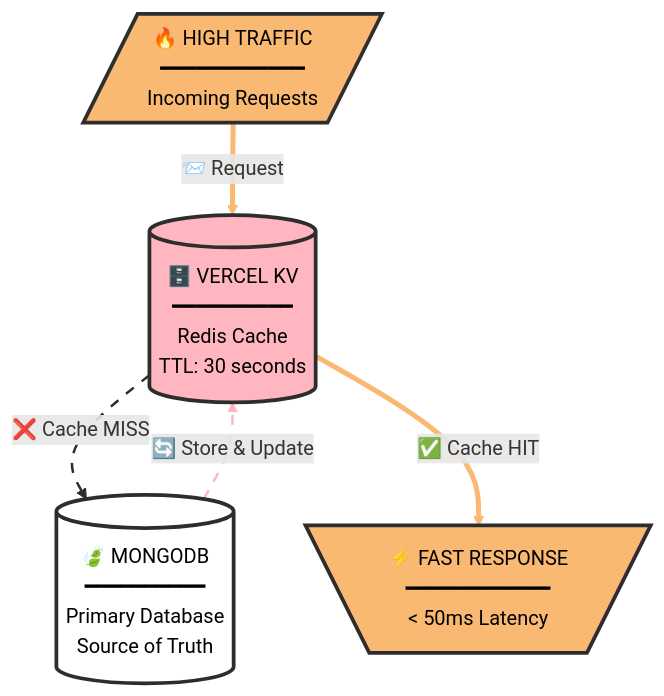
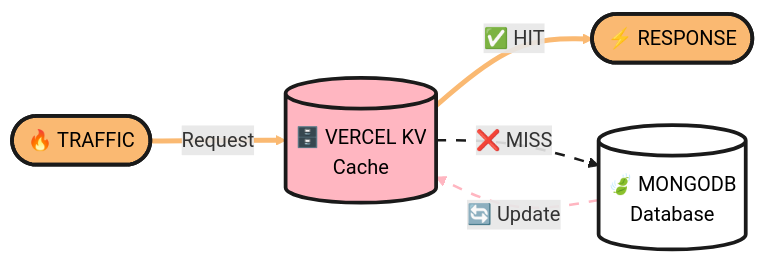
One commit to SujalAgrawal08/SahayakX changed the second of 2 diagrams in README.md. Above: the diagram before and after it, drawn with Mermaid.

````diff
--- a/README.md
+++ b/README.md
@@ -223,25 +223,22 @@
 ```mermaid
-flowchart TD
-    A[/"🔥 HIGH TRAFFIC<br/>━━━━━━━━━━━━<br/>Incoming Requests"/]
-    
-    B[(🗄️ VERCEL KV<br/>━━━━━━━━━━<br/>Redis Cache<br/>TTL: 30 seconds)]
-    
-    C[(🍃 MONGODB<br/>━━━━━━━━━━<br/>Primary Database<br/>Source of Truth)]
-    
-    D[\"⚡ FAST RESPONSE<br/>━━━━━━━━━━━━<br/>< 50ms Latency"/]
+flowchart LR
+    A([🔥 TRAFFIC])
+    B[(🗄️ VERCEL KV<br/>Cache)]
+    C[(🍃 MONGODB<br/>Database)]
+    D([⚡ RESPONSE])
 
-    A ==>|"📨 Request"| B
-    B -.->|"❌ Cache MISS"| C
-    C -.->|"🔄 Store & Update"| B
-    B ==>|"✅ Cache HIT"| D
+    A ==>|"Request"| B
+    B ==>|"✅ HIT"| D
+    B -.->|"❌ MISS"| C
+    C -.->|"🔄 Update"| B
 
-    style A fill:#FAB972,stroke:#2d2d2d,color:#000000,stroke-width:3px
-    style B fill:#FFB6C1,stroke:#2d2d2d,color:#000000,stroke-width:3px
-    style C fill:#FFFFFF,stroke:#2d2d2d,color:#000000,stroke-width:3px
-    style D fill:#FAB972,stroke:#2d2d2d,color:#000000,stroke-width:3px
+    style A fill:#FAB972,stroke:#1a1a1a,color:#000000,stroke-width:3px
+    style B fill:#FFB6C1,stroke:#1a1a1a,color:#000000,stroke-width:3px
+    style C fill:#FFFFFF,stroke:#1a1a1a,color:#000000,stroke-width:3px
+    style D fill:#FAB972,stroke:#1a1a1a,color:#000000,stroke-width:3px
 
     linkStyle 0 stroke:#FAB972,stroke-width:4px
-    linkStyle 1 stroke:#2d2d2d,stroke-width:2px,stroke-dasharray:8
-    linkStyle 2 stroke:#FFB6C1,stroke-width:2px,stroke-dasharray:8
-    linkStyle 3 stroke:#FAB972,stroke-width:4px
+    linkStyle 1 stroke:#FAB972,stroke-width:4px
+    linkStyle 2 stroke:#1a1a1a,stroke-width:2px,stroke-dasharray:8
+    linkStyle 3 stroke:#FFB6C1,stroke-width:2px,stroke-dasharray:8
 ```
````
